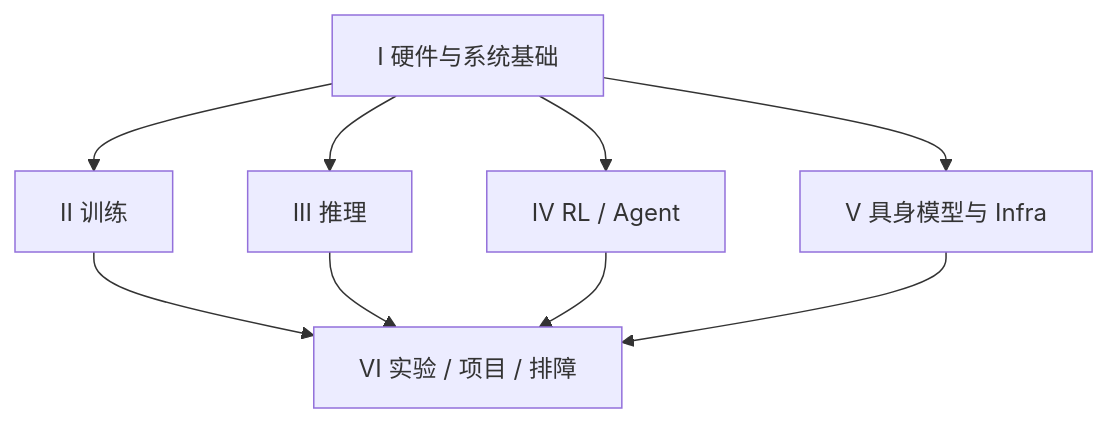
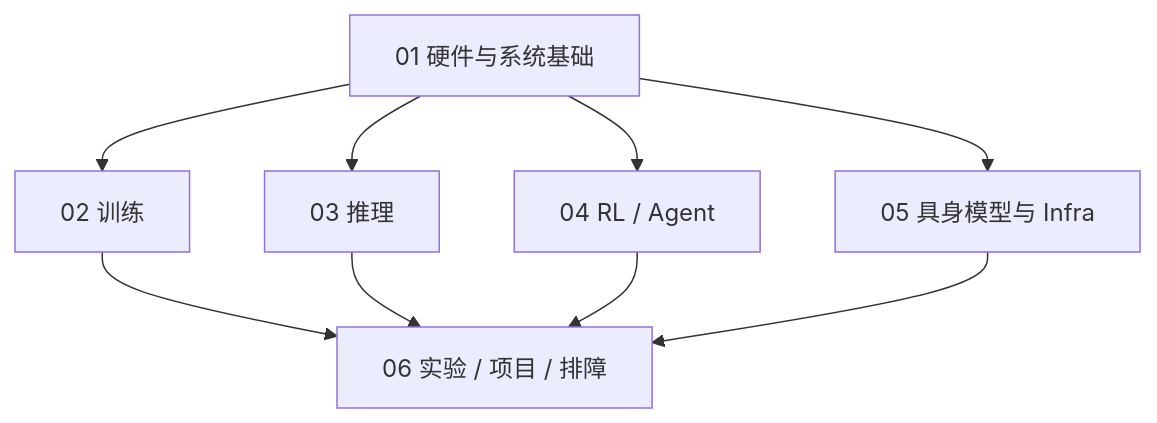
One commit to zbw-ai/ReadBase changed the first of 5 diagrams in KNOWLEDGE_GRAPH.md. Above: the diagram before and after it, drawn with Mermaid. The commit also changed other lines of this file and 196 other files, not shown here.

````diff
--- a/KNOWLEDGE_GRAPH.md
+++ b/KNOWLEDGE_GRAPH.md
@@ -11,11 +11,11 @@
 ```mermaid
 flowchart TB
-  S["I 硬件与系统基础"]
-  T["II 训练"]
-  I["III 推理"]
-  R["IV RL / Agent"]
-  E["V 具身模型与 Infra"]
-  P["VI 实验 / 项目 / 排障"]
+  S["01 硬件与系统基础"]
+  T["02 训练"]
+  I["03 推理"]
+  R["04 RL / Agent"]
+  E["05 具身模型与 Infra"]
+  P["06 实验 / 项目 / 排障"]
   S --> T & I & R & E
   T & I & R & E --> P
 ```
````
